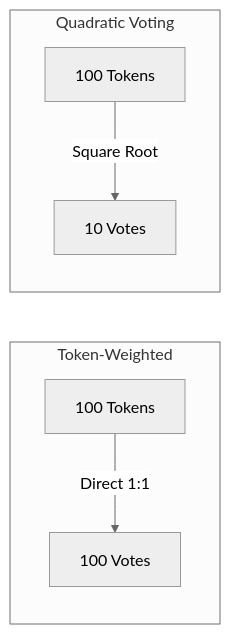
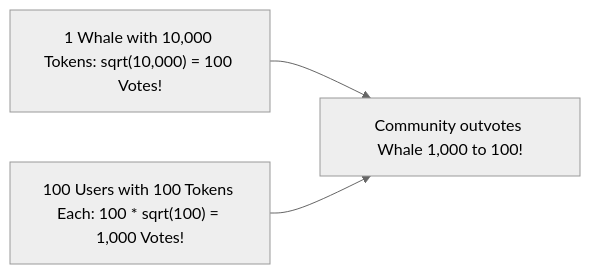
Before and after one commit to ub-society/modules: the fourth of 5 diagrams in docs/learn/fundamentals/05-decentralized-systems/05-decentralized-autonomous-organizations.md, drawn with Mermaid (neutral theme). The commit also changed other lines of this file and 4 other files, not shown here.

````diff
--- a/docs/learn/fundamentals/05-decentralized-systems/05-decentralized-autonomous-organizations.md
+++ b/docs/learn/fundamentals/05-decentralized-systems/05-decentralized-autonomous-organizations.md
@@ -56,10 +141,7 @@
 ```mermaid
 flowchart LR
-    subgraph Token-Weighted
-        A["100 Tokens"] -->|Direct 1:1| B["100 Votes"]
-    end
+    Whale["1 Whale with 10,000 Tokens: sqrt(10,000) = 100 Votes!"]
+    Community["100 Users with 100 Tokens Each: 100 * sqrt(100) = 1,000 Votes!"]
 
-    subgraph Quadratic Voting
-        C["100 Tokens"] -->|Square Root| D["10 Votes"]
-    end
+    Whale & Community --> Comparison["Community outvotes Whale 1,000 to 100!"]
 ```
````
